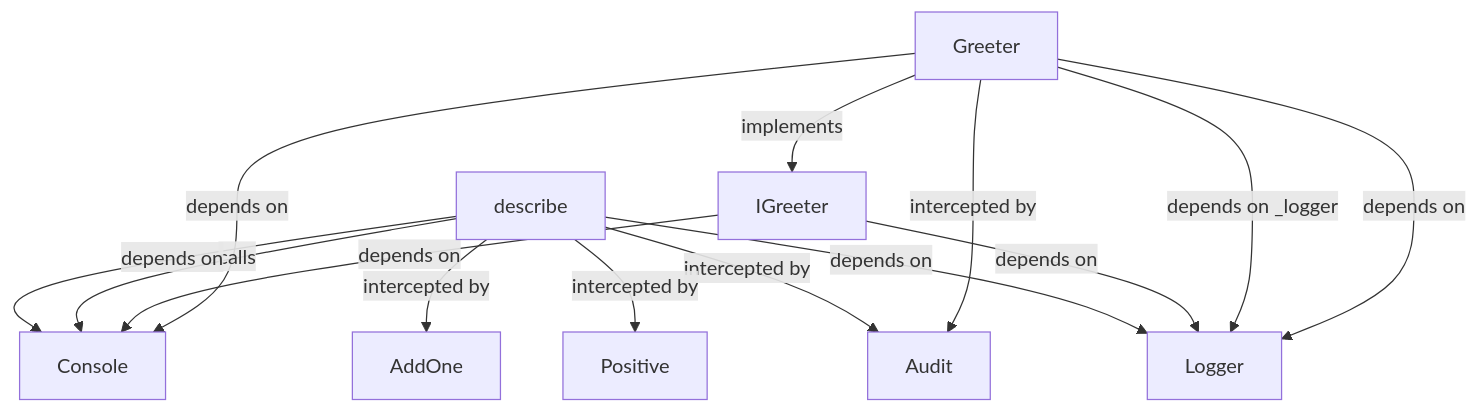
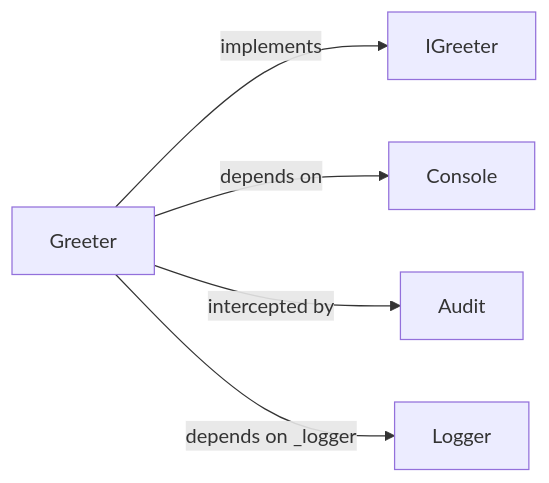
One commit to GreenPandaStudios/augscript changed the first of 4 diagrams in docs/examples/interceptors/app-diagrams.md. Above: the diagram before and after it, drawn with Mermaid. The commit also changed other lines of this file and 304 other files, not shown here.

Commit message:
Make generated data-flow sequences concise and review every diagram

````diff
--- a/docs/examples/interceptors/app-diagrams.md
+++ b/docs/examples/interceptors/app-diagrams.md
@@ -19,24 +21,12 @@
 ```mermaid
-flowchart TD
+flowchart LR
     n0["Greeter"]
     n1["IGreeter"]
-    n2["describe"]
-    n3["Console"]
-    n4["AddOne"]
-    n5["Audit"]
-    n6["Positive"]
-    n7["Logger"]
+    n2["Console"]
+    n3["Audit"]
+    n4["Logger"]
     n0 -->|"implements"| n1
-    n0 -->|"depends on"| n3
-    n0 -->|"intercepted by"| n5
-    n0 -->|"depends on"| n7
-    n0 -->|"depends on _logger"| n7
-    n1 -->|"depends on"| n3
-    n1 -->|"depends on"| n7
-    n2 -->|"calls"| n3
-    n2 -->|"depends on"| n3
-    n2 -->|"intercepted by"| n4
-    n2 -->|"intercepted by"| n5
-    n2 -->|"intercepted by"| n6
-    n2 -->|"depends on"| n7
+    n0 -->|"depends on"| n2
+    n0 -->|"intercepted by"| n3
+    n0 -->|"depends on _logger"| n4
 ```
````
